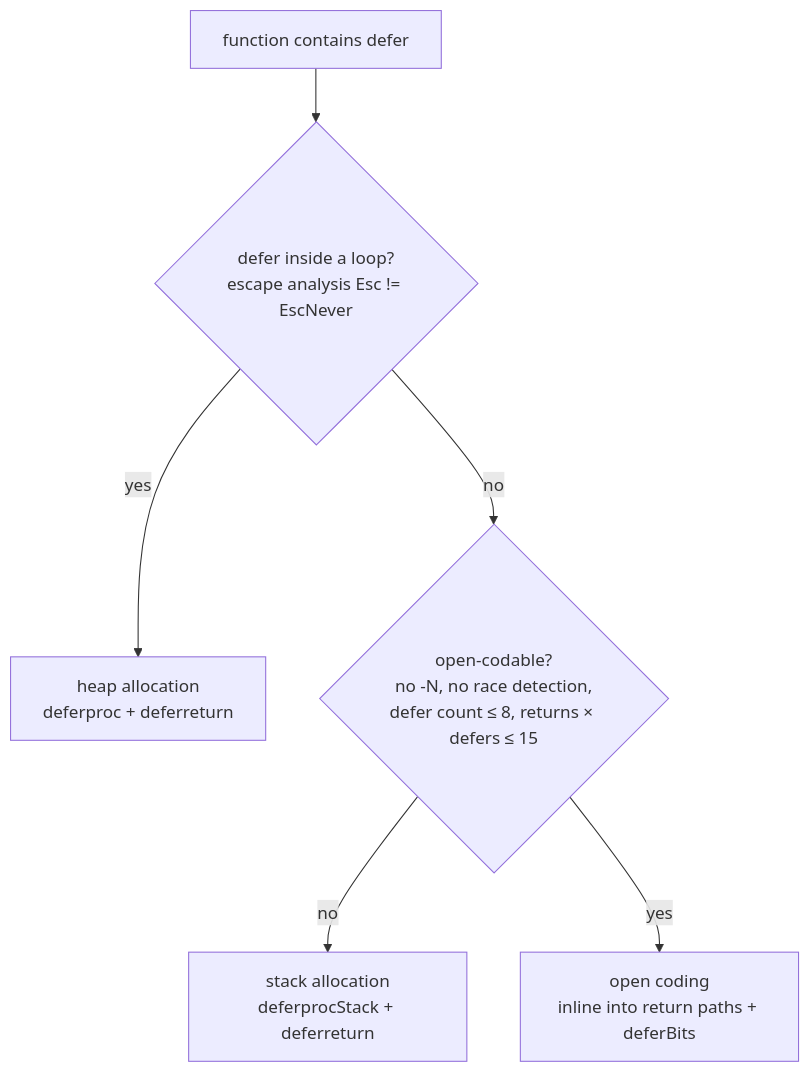
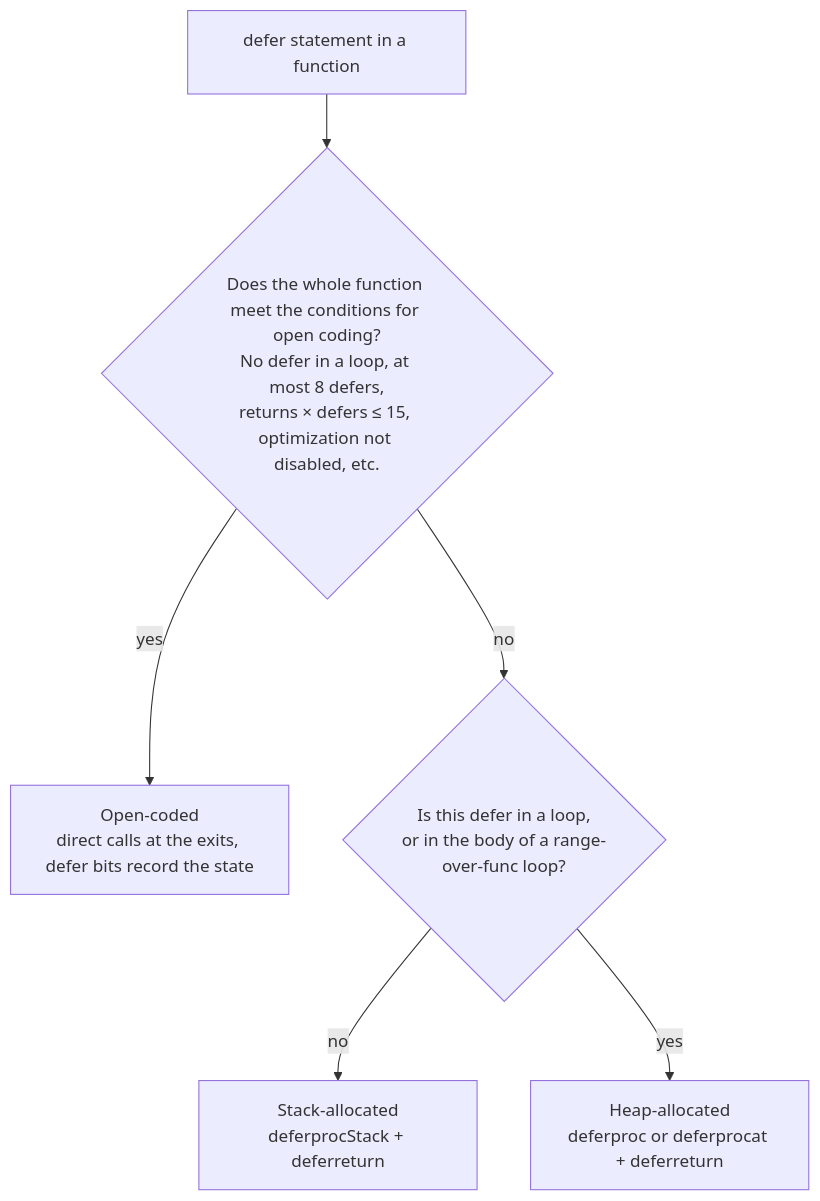
Before and after one commit to golang-design/under-the-hood: the diagram in book/en-us/part2lang/ch06func/defer.md, drawn with Mermaid. The commit also changed other lines of this file and 24 other files, not shown here.

````diff
--- a/book/en-us/part2lang/ch06func/defer.md
+++ b/book/en-us/part2lang/ch06func/defer.md
@@ -146,8 +338,8 @@
 ```mermaid
 flowchart TD
-    A["function contains defer"] --> C{"defer inside a loop?<br/>escape analysis Esc != EscNever"}
-    C -- yes --> H["heap allocation<br/>deferproc + deferreturn"]
-    C -- no --> B{"open-codable?<br/>no -N, no race detection,<br/>defer count ≤ 8, returns × defers ≤ 15"}
-    B -- no --> S["stack allocation<br/>deferprocStack + deferreturn"]
-    B -- yes --> G["open coding<br/>inline into return paths + deferBits"]
+    F["defer statement in a function"] --> P{"Does the whole function meet the conditions for open coding?<br/>No defer in a loop, at most 8 defers,<br/>returns × defers ≤ 15, optimization not disabled, etc."}
+    P -- yes --> O["Open-coded<br/>direct calls at the exits, defer bits record the state"]
+    P -- no --> L{"Is this defer in a loop,<br/>or in the body of a range-over-func loop?"}
+    L -- no --> S["Stack-allocated<br/>deferprocStack + deferreturn"]
+    L -- yes --> H["Heap-allocated<br/>deferproc or deferprocat + deferreturn"]
 ```
````
